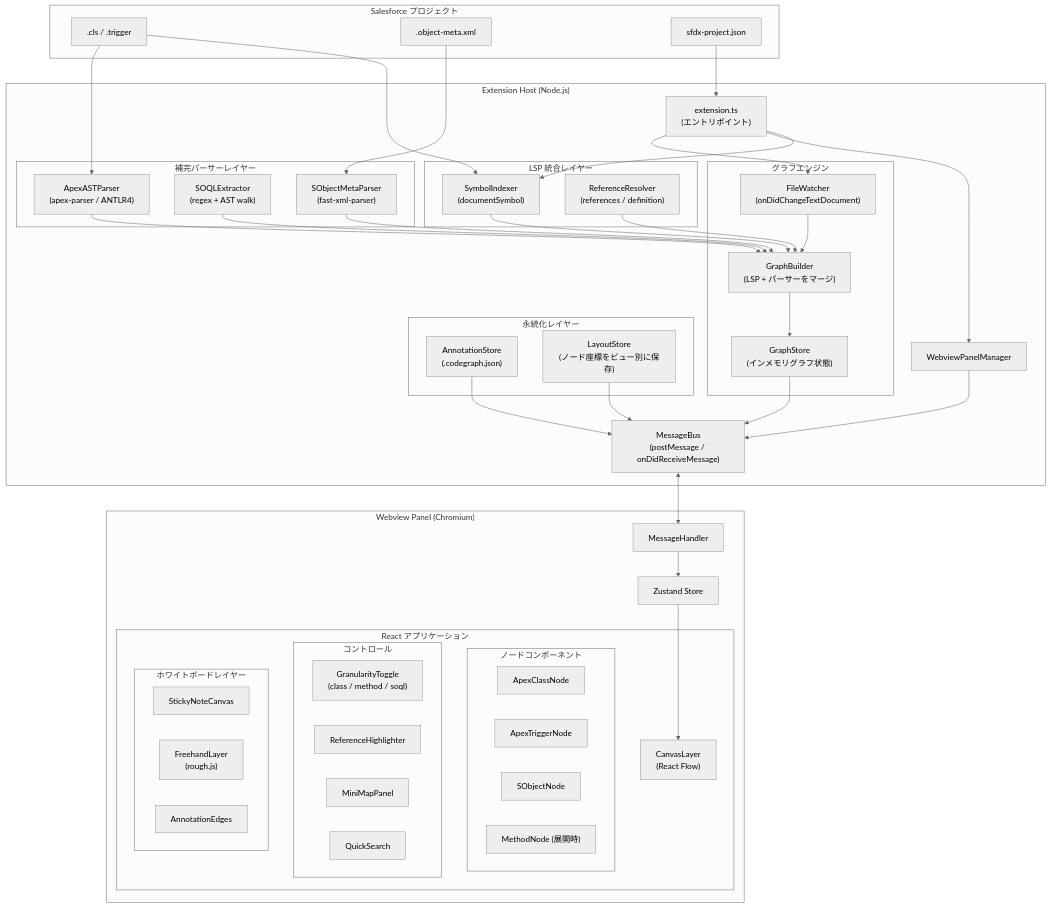
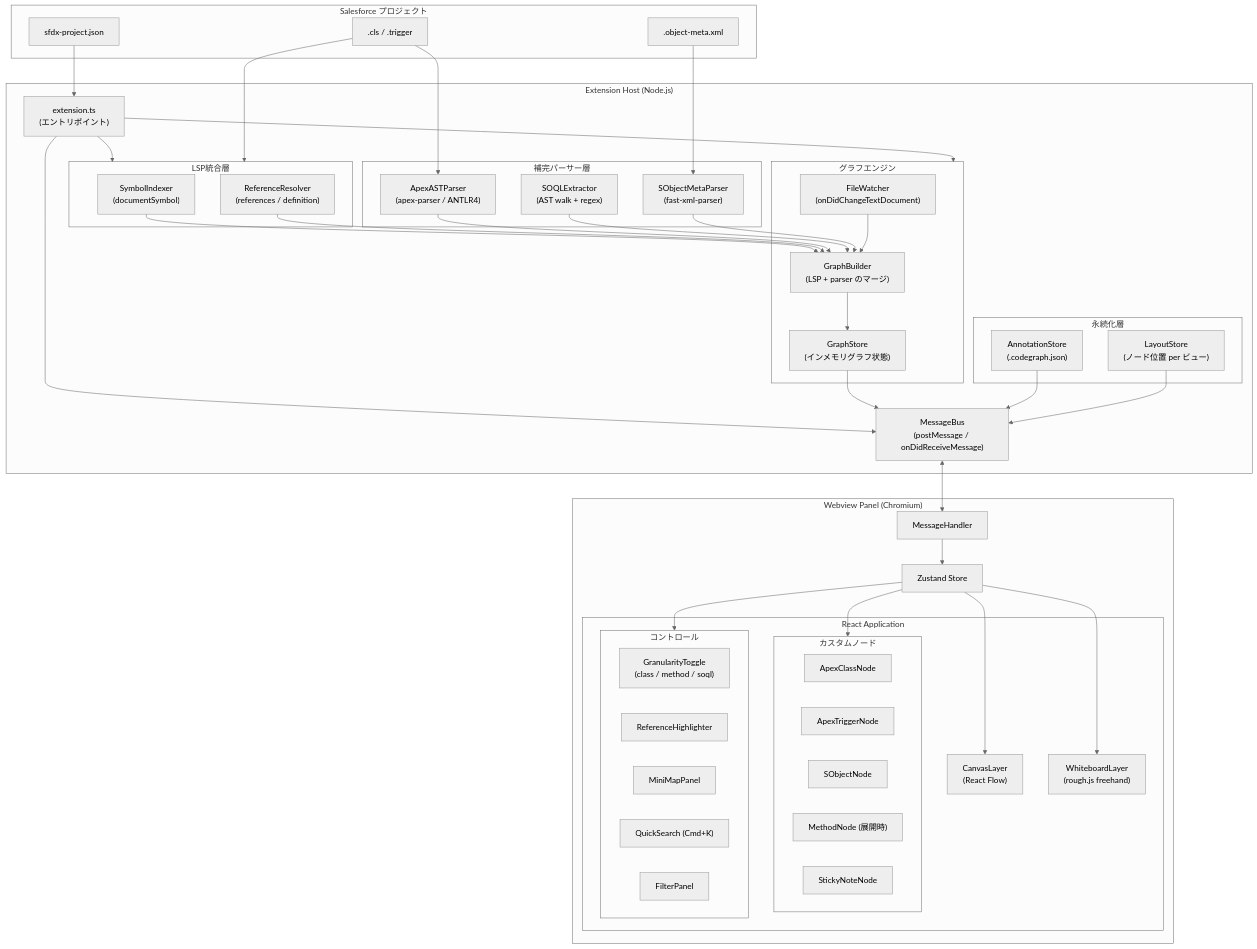
One commit to qnaiv/codegraph changed the first of 2 diagrams in docs/design.md. Above: the diagram before and after it, drawn with Mermaid (neutral theme). The commit also changed other lines of this file, not shown here.

```diff
--- a/docs/design.md
+++ b/docs/design.md
@@ -55,55 +57,52 @@
     subgraph Host["Extension Host (Node.js)"]
         ExtMain["extension.ts\n(エントリポイント)"]
 
-        subgraph LSP["LSP 統合レイヤー"]
+        subgraph LSP["LSP統合層"]
             SymbolProvider["SymbolIndexer\n(documentSymbol)"]
             RefProvider["ReferenceResolver\n(references / definition)"]
         end
 
-        subgraph Parser["補完パーサーレイヤー"]
+        subgraph Parser["補完パーサー層"]
             ApexParser["ApexASTParser\n(apex-parser / ANTLR4)"]
-            SOQLExtractor["SOQLExtractor\n(regex + AST walk)"]
+            SOQLExtractor["SOQLExtractor\n(AST walk + regex)"]
             XMLParser["SObjectMetaParser\n(fast-xml-parser)"]
         end
 
         subgraph Graph["グラフエンジン"]
-            GraphBuilder["GraphBuilder\n(LSP + パーサーをマージ)"]
+            GraphBuilder["GraphBuilder\n(LSP + parser のマージ)"]
             GraphStore["GraphStore\n(インメモリグラフ状態)"]
             FileWatcher["FileWatcher\n(onDidChangeTextDocument)"]
         end
 
-        subgraph Persist["永続化レイヤー"]
+        subgraph Persist["永続化層"]
             AnnotationStore["AnnotationStore\n(.codegraph.json)"]
-            LayoutStore["LayoutStore\n(ノード座標をビュー別に保存)"]
+            LayoutStore["LayoutStore\n(ノード位置 per ビュー)"]
         end
 
-        WebviewMgr["WebviewPanelManager"]
         MsgBus["MessageBus\n(postMessage / onDidReceiveMessage)"]
     end
 
     subgraph Webview["Webview Panel (Chromium)"]
-        subgraph React["React アプリケーション"]
+        subgraph ReactApp["React Application"]
             Canvas["CanvasLayer\n(React Flow)"]
 
-            subgraph NodeComp["ノードコンポーネント"]
+            subgraph NodeComps["カスタムノード"]
                 ClassNode["ApexClassNode"]
                 TriggerNode["ApexTriggerNode"]
                 SObjectNode["SObjectNode"]
                 MethodNode["MethodNode (展開時)"]
+                StickyNode["StickyNoteNode"]
             end
 
             subgraph Controls["コントロール"]
-                GranularitySwitch["GranularityToggle\n(class / method / soql)"]
+                GranularityToggle["GranularityToggle\n(class / method / soql)"]
                 RefHighlighter["ReferenceHighlighter"]
                 MiniMap["MiniMapPanel"]
-                SearchBar["QuickSearch"]
+                SearchBar["QuickSearch (Cmd+K)"]
+                FilterPanel["FilterPanel"]
             end
 
-            subgraph Whiteboard["ホワイトボードレイヤー"]
-                StickyNotes["StickyNoteCanvas"]
-                Freehand["FreehandLayer\n(rough.js)"]
-                AttachLines["AnnotationEdges"]
-            end
+            Whiteboard["WhiteboardLayer\n(rough.js freehand)"]
         end
 
         ZustandStore["Zustand Store"]
@@ -116,9 +115,9 @@
         SFDX["sfdx-project.json"]
     end
 
-    ExtMain --> SymbolProvider
-    ExtMain --> WebviewMgr
-    ExtMain --> FileWatcher
+    ExtMain --> LSP
+    ExtMain --> Graph
+    ExtMain --> MsgBus
 
     SymbolProvider --> GraphBuilder
     RefProvider --> GraphBuilder
@@ -130,15 +129,16 @@
     GraphStore --> MsgBus
     AnnotationStore --> MsgBus
     LayoutStore --> MsgBus
+    FileWatcher --> GraphBuilder
 
-    WebviewMgr --> MsgBus
     MsgBus <--> MsgHandler
     MsgHandler --> ZustandStore
     ZustandStore --> Canvas
+    ZustandStore --> NodeComps
+    ZustandStore --> Controls
+    ZustandStore --> Whiteboard
 
-    FileWatcher --> GraphBuilder
-
-    ApexFiles --> SymbolProvider
+    ApexFiles --> LSP
     ApexFiles --> ApexParser
     MetaFiles --> XMLParser
     SFDX --> ExtMain
```
